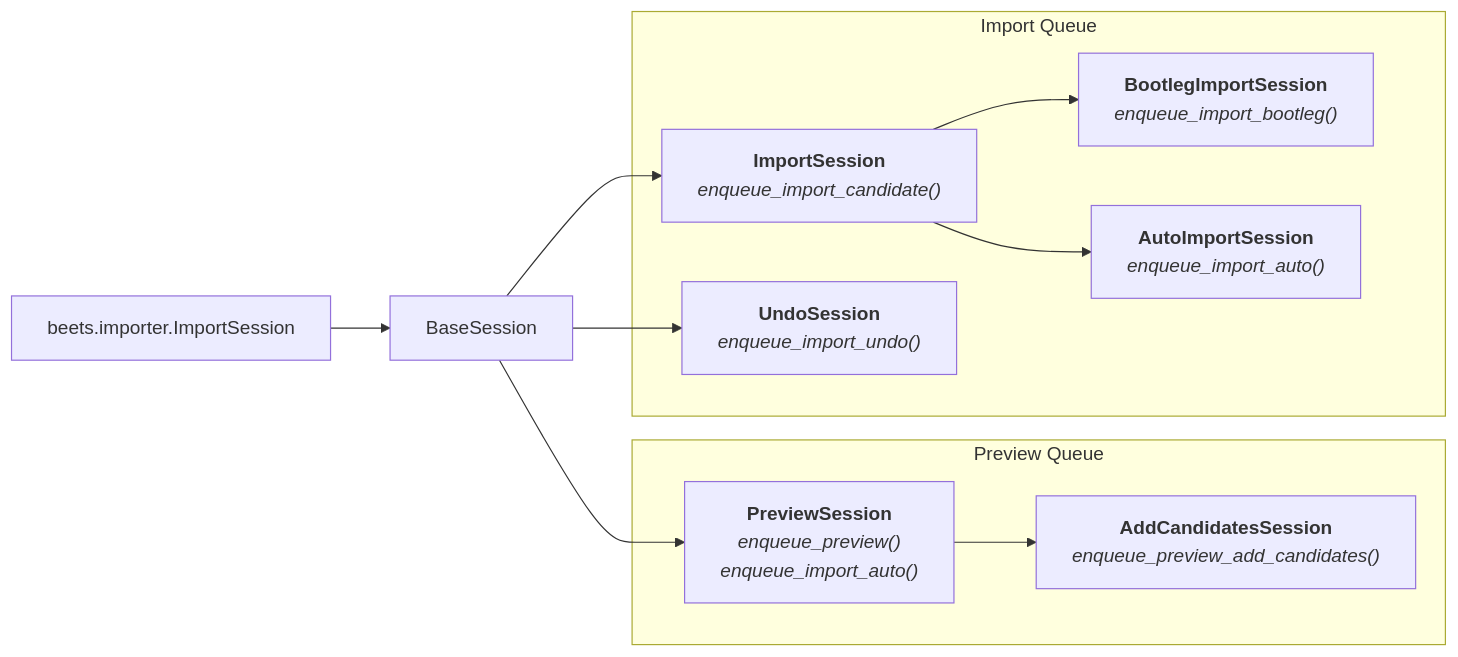
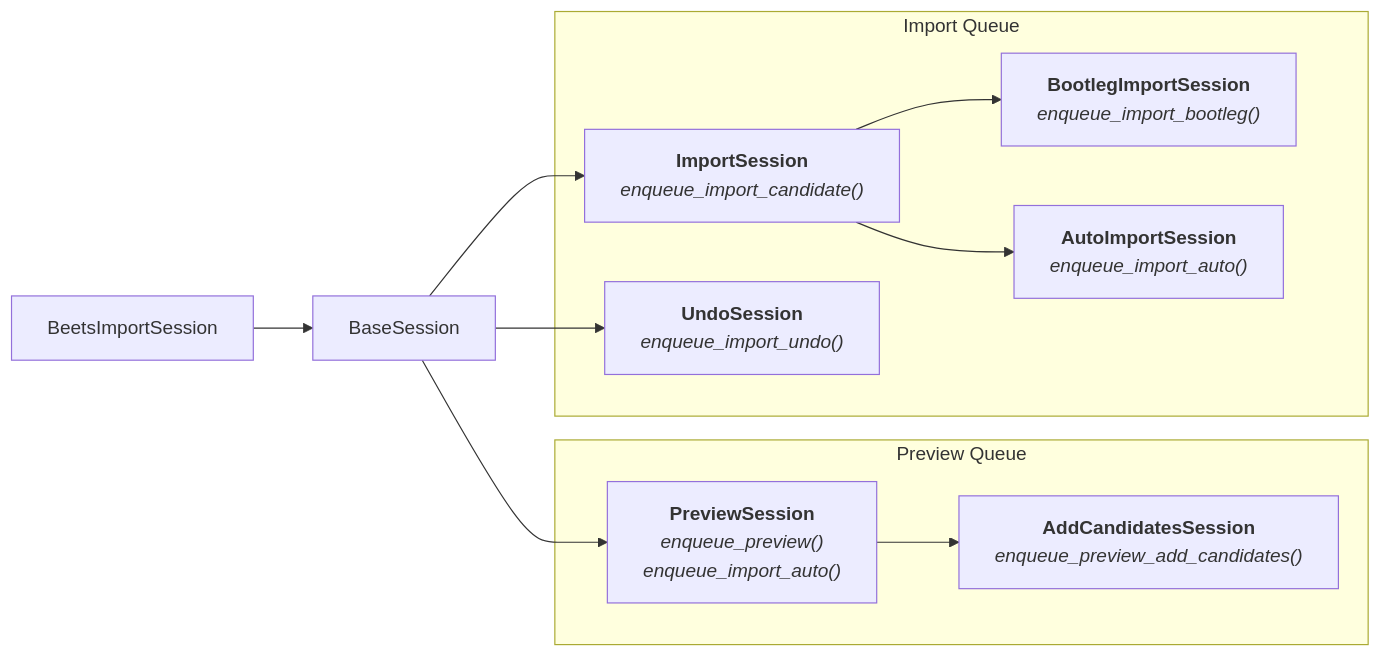
The diagram in docs/diagrams/sessions.mmd (metasauce/beets-flask), drawn with Mermaid before and after one commit. The commit also changed 5 other files, not shown here.

Commit message:
More consistent use of BeetsPrefix, added PR279 mermaid

```diff
--- a/docs/diagrams/sessions.mmd
+++ b/docs/diagrams/sessions.mmd
@@ -1,42 +1,42 @@
 flowchart LR
 
-    beets.importer.ImportSession
+    BeetsImportSession
     BaseSession
     subgraph Preview Queue
         PreviewSession["`
             __PreviewSession__
             _enqueue_preview()_
             _enqueue_import_auto()_
         `"]
         AddCandidatesSession["`
             __AddCandidatesSession__
             _enqueue_preview_add_candidates()_
         `"]
     end
 
     subgraph Import Queue
         ImportSession["`
             __ImportSession__
             _enqueue_import_candidate()_
         `"]
         BootlegImportSession["`
             __BootlegImportSession__
             _enqueue_import_bootleg()_
         `"]
         AutoImportSession["`
             __AutoImportSession__
             _enqueue_import_auto()_
         `"]
         UndoSession["`
             __UndoSession__
             _enqueue_import_undo()_
         `"]
     end
 
-    beets.importer.ImportSession --> BaseSession
+    BeetsImportSession --> BaseSession
     BaseSession --> PreviewSession
     BaseSession --> ImportSession
     BaseSession --> UndoSession
     PreviewSession --> AddCandidatesSession
     ImportSession --> BootlegImportSession
     ImportSession --> AutoImportSession
```
